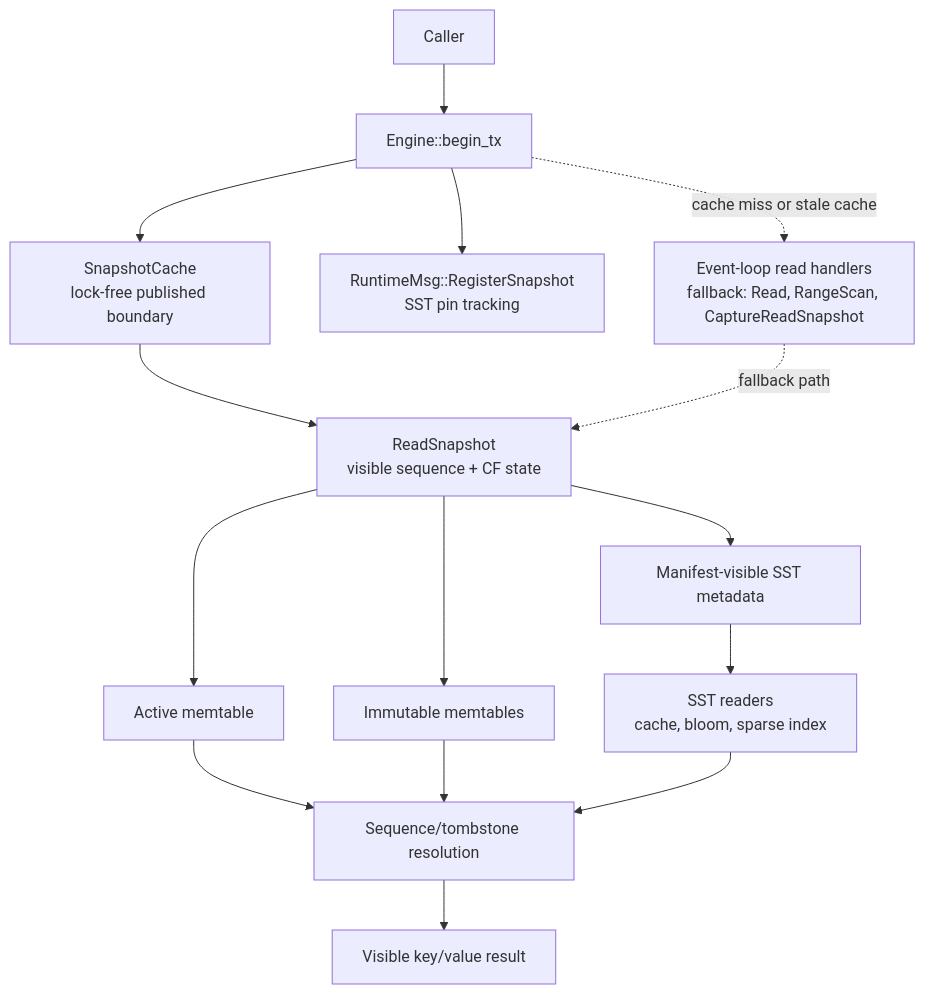
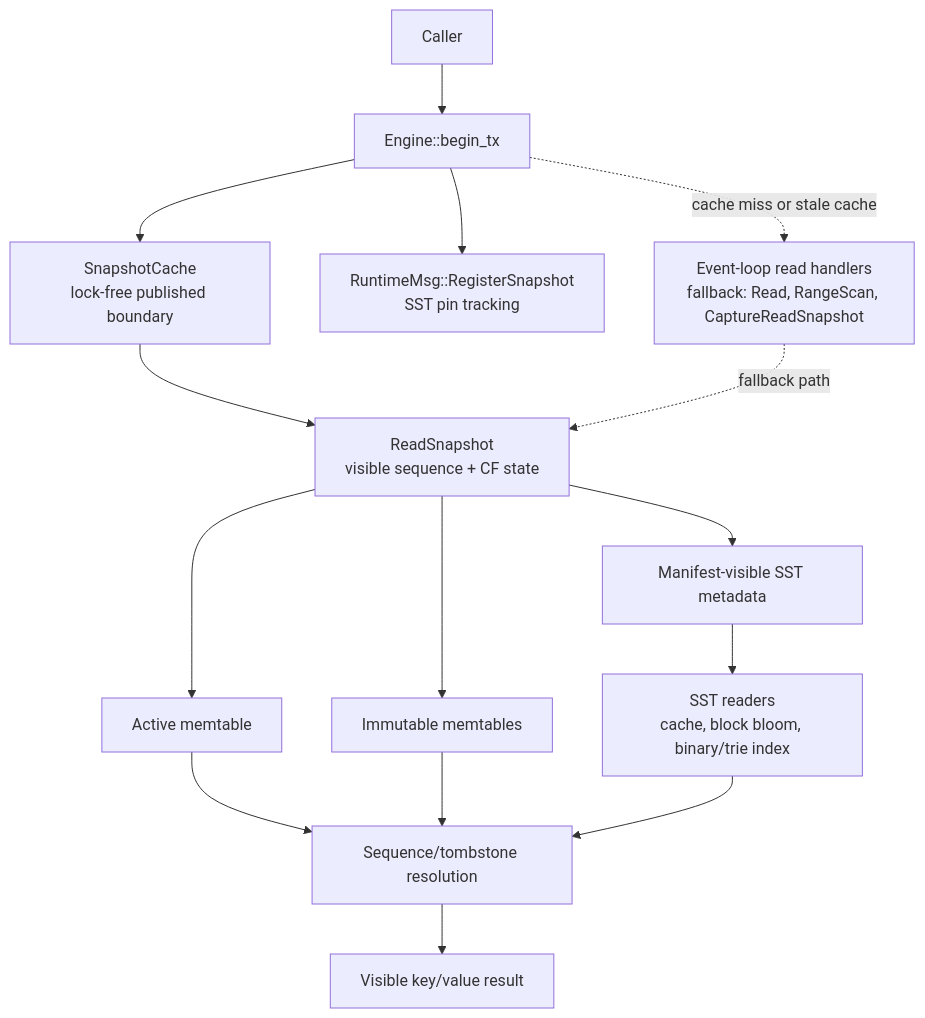
The fourth of 10 diagrams in docs/development/architecture-diagrams.md (cntryl/midge), drawn with Mermaid before and after one commit. The commit also changed 37 other files, not shown here.

````diff
--- a/docs/development/architecture-diagrams.md
+++ b/docs/development/architecture-diagrams.md
@@ -136,30 +136,30 @@
 ```mermaid
 flowchart TB
     Caller["Caller"]
     BeginTx["Engine::begin_tx"]
     Cache["SnapshotCache<br/>lock-free published boundary"]
     Register["RuntimeMsg::RegisterSnapshot<br/>SST pin tracking"]
     Snapshot["ReadSnapshot<br/>visible sequence + CF state"]
     Fallback["Event-loop read handlers<br/>fallback: Read, RangeScan, CaptureReadSnapshot"]
     Active["Active memtable"]
     Immutable["Immutable memtables"]
     Manifest["Manifest-visible SST metadata"]
-    SSTReaders["SST readers<br/>cache, bloom, sparse index"]
+    SSTReaders["SST readers<br/>cache, block bloom, binary/trie index"]
     Merge["Sequence/tombstone resolution"]
     Result["Visible key/value result"]
 
     Caller --> BeginTx
     BeginTx --> Cache
     Cache --> Snapshot
     BeginTx -. cache miss or stale cache .-> Fallback
     BeginTx --> Register
     Fallback -. fallback path .-> Snapshot
     Snapshot --> Active
     Snapshot --> Immutable
     Snapshot --> Manifest
     Manifest --> SSTReaders
     Active --> Merge
     Immutable --> Merge
     SSTReaders --> Merge
     Merge --> Result
 ```
````
